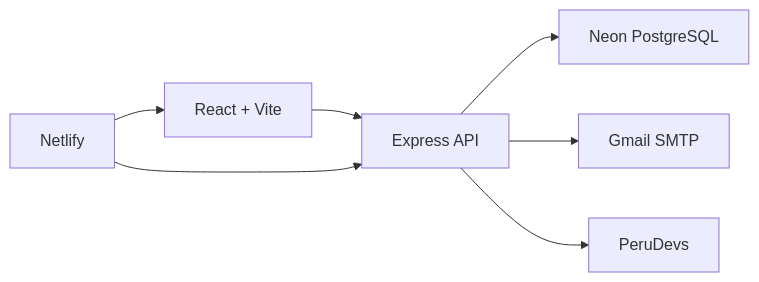
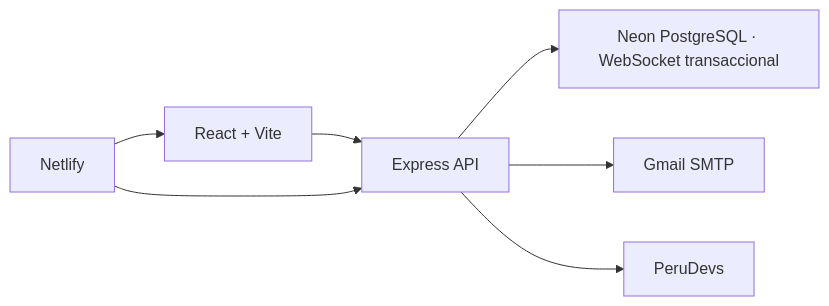
The diagram in README.md (Davsan82/Tramia), drawn with Mermaid before and after one commit. The commit also changed other lines of this file and 32 other files, not shown here.

````diff
--- a/README.md
+++ b/README.md
@@ -65,9 +69,9 @@
 ```mermaid
 flowchart LR
     UI["React + Vite"] --> API["Express API"]
-    API --> DB["Neon PostgreSQL"]
+    API --> DB["Neon PostgreSQL · WebSocket transaccional"]
     API --> MAIL["Gmail SMTP"]
     API --> DNI["PeruDevs"]
     NETLIFY["Netlify"] --> UI
     NETLIFY --> API
 ```
````
